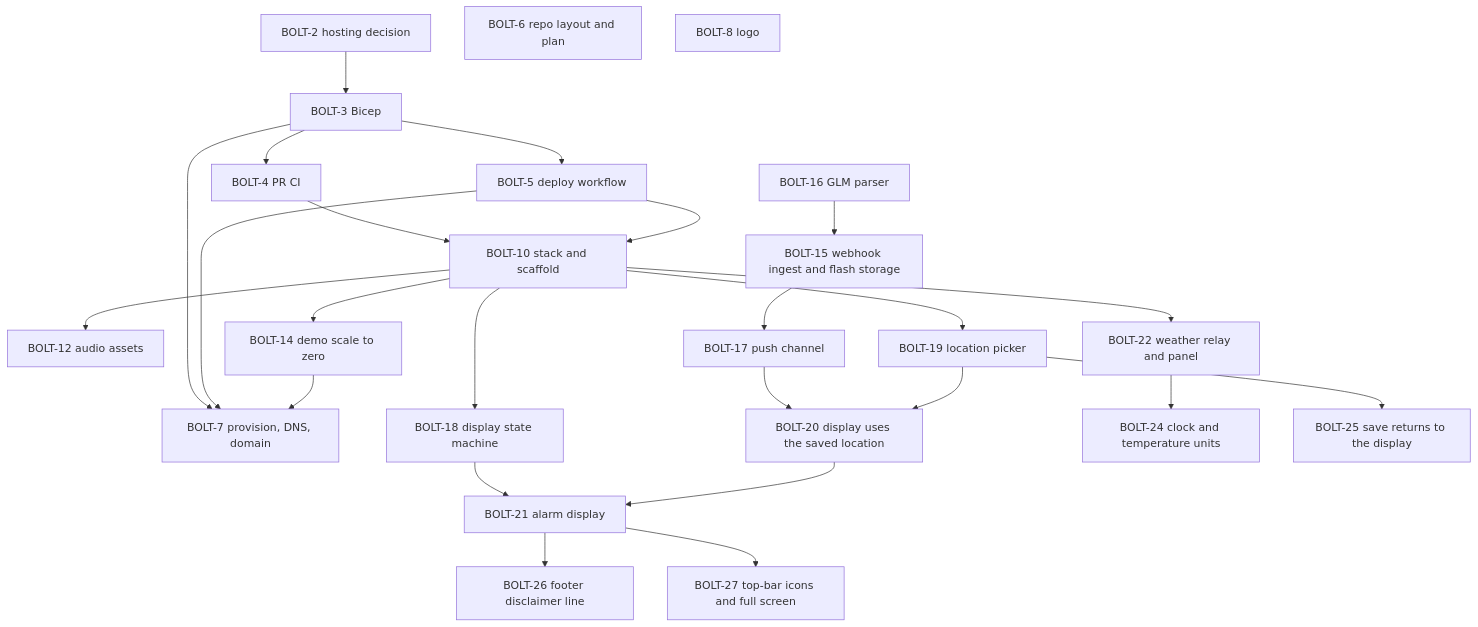
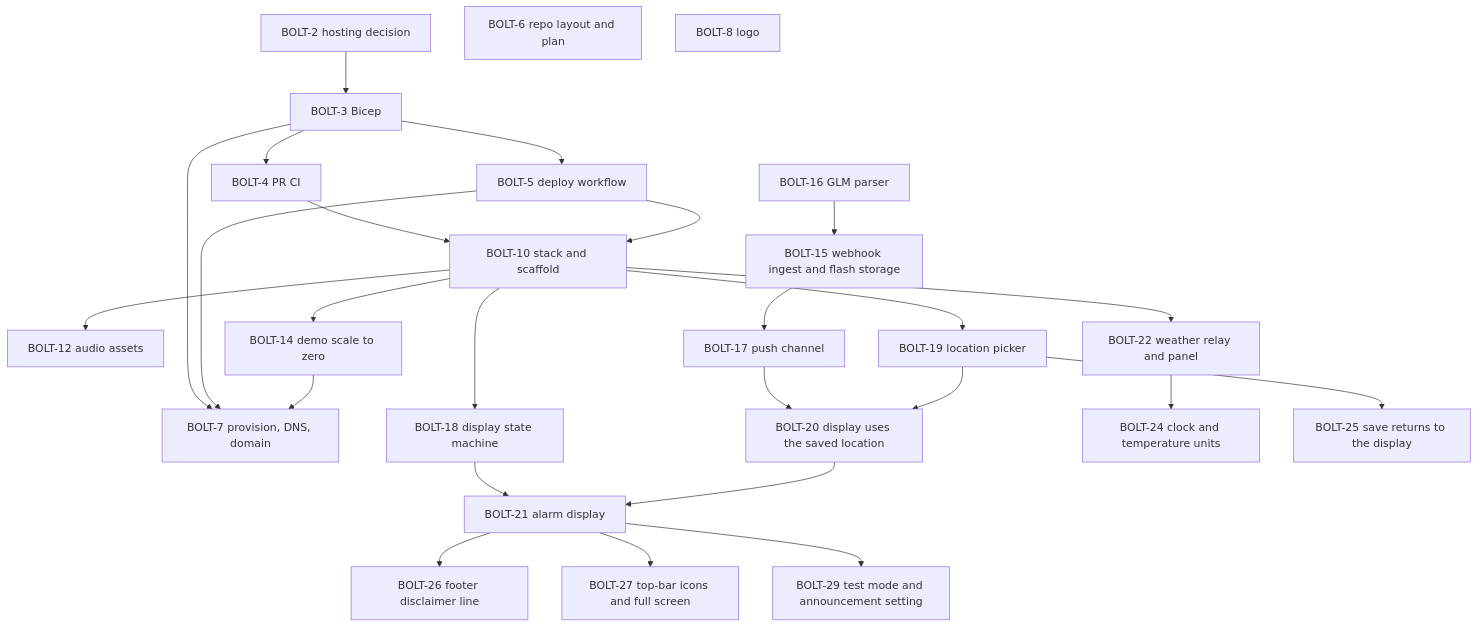
The diagram in docs/plan.md (henrique-meyer/boltclock), drawn with Mermaid before and after one commit. The commit also changed other lines of this file and 14 other files, not shown here.

First line of the commit message:
BOLT-29 Random test strikes that always sound, Simulate all clear, announcement setting

````diff
--- a/docs/plan.md
+++ b/docs/plan.md
@@ -15,48 +15,50 @@
 ```mermaid
 flowchart TD
   s2[BOLT-2 hosting decision]
   s3[BOLT-3 Bicep]
   s4[BOLT-4 PR CI]
   s5[BOLT-5 deploy workflow]
   s6[BOLT-6 repo layout and plan]
   s7[BOLT-7 provision, DNS, domain]
   s8[BOLT-8 logo]
   s10[BOLT-10 stack and scaffold]
   s12[BOLT-12 audio assets]
   s14[BOLT-14 demo scale to zero]
   s15[BOLT-15 webhook ingest and flash storage]
   s16[BOLT-16 GLM parser]
   s17[BOLT-17 push channel]
   s18[BOLT-18 display state machine]
   s19[BOLT-19 location picker]
   s20[BOLT-20 display uses the saved location]
   s21[BOLT-21 alarm display]
   s22[BOLT-22 weather relay and panel]
   s24[BOLT-24 clock and temperature units]
   s25[BOLT-25 save returns to the display]
   s26[BOLT-26 footer disclaimer line]
   s27[BOLT-27 top-bar icons and full screen]
+  s29[BOLT-29 test mode and announcement setting]
   s2 --> s3
   s4 --> s10
   s5 --> s10
   s3 --> s4
   s3 --> s5
   s3 --> s7
   s5 --> s7
   s10 --> s12
   s10 --> s14
   s14 --> s7
   s16 --> s15
   s15 --> s17
   s10 --> s18
   s10 --> s19
   s17 --> s20
   s19 --> s20
   s18 --> s21
   s20 --> s21
   s10 --> s22
   s22 --> s24
   s19 --> s25
   s21 --> s26
   s21 --> s27
+  s21 --> s29
 ```
````
